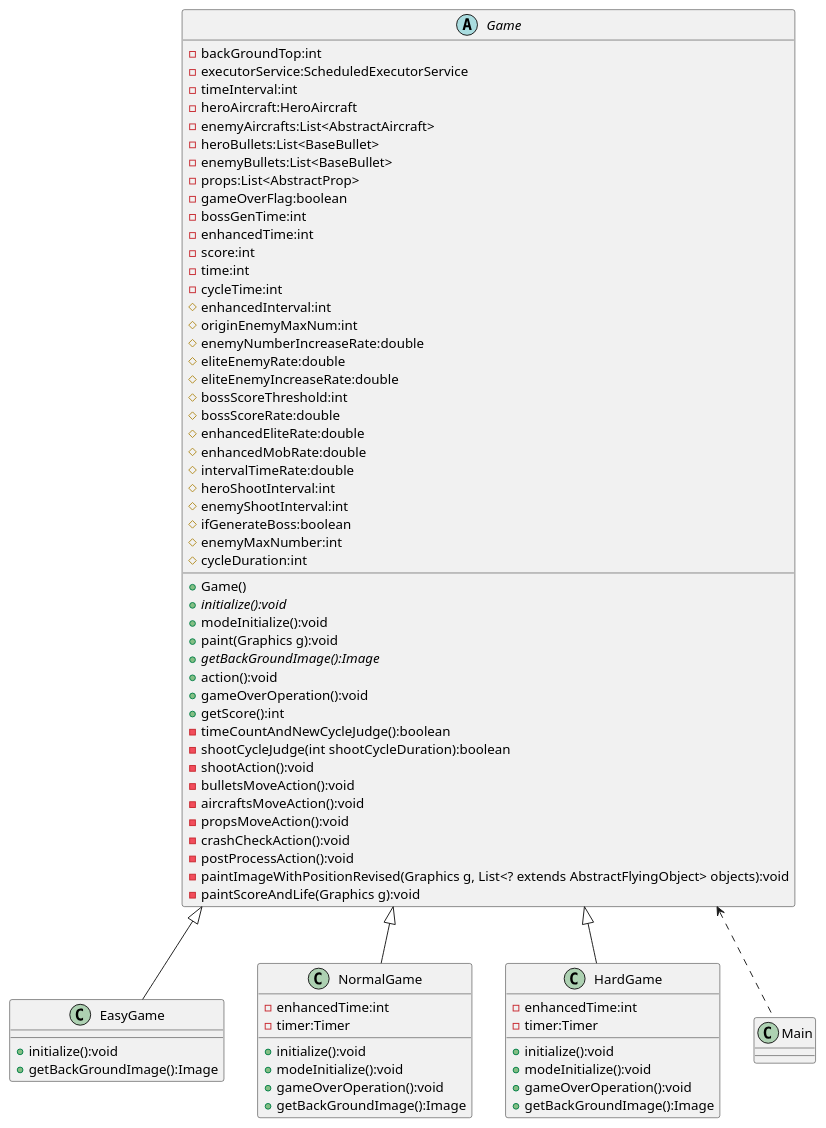
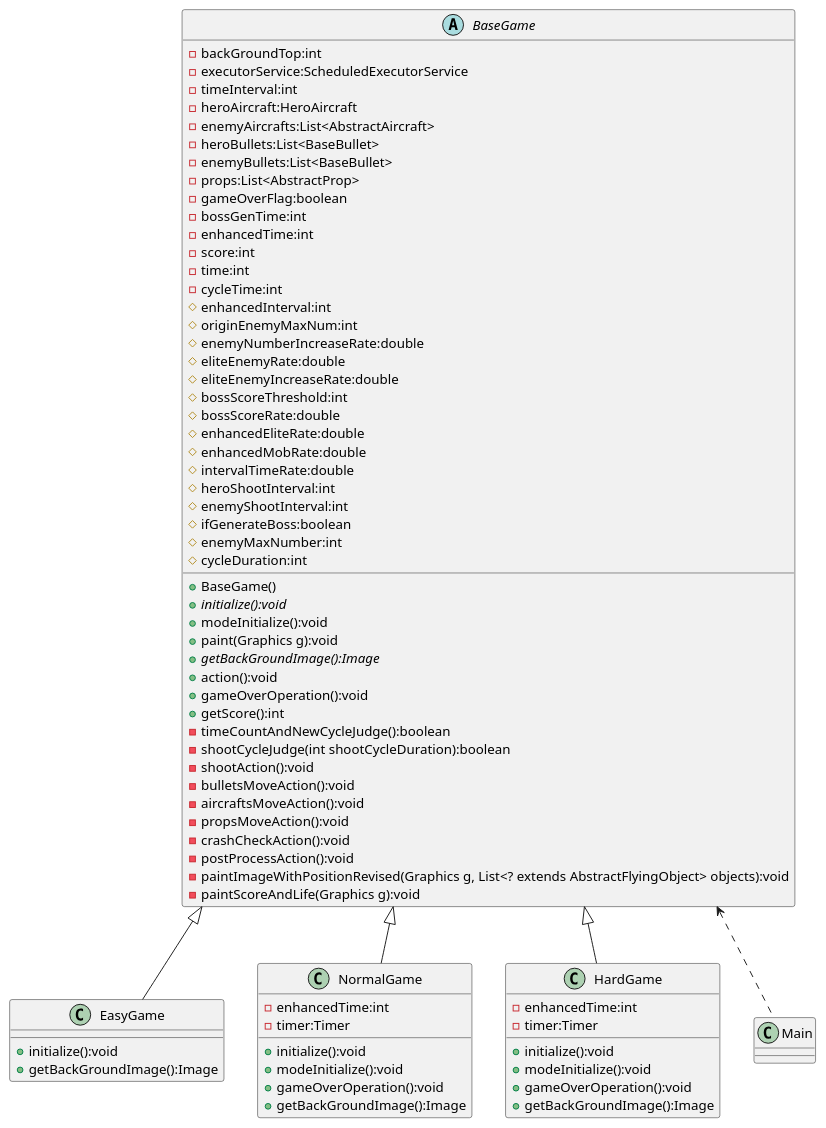
Before and after one commit to ChrisGuiHK/AircraftWar-base: the diagram in uml/Template.puml, drawn with PlantUML. The commit also changed 13 other files, not shown here.

Commit message:
work6-uml-change

```diff
--- a/uml/Template.puml
+++ b/uml/Template.puml
@@ -1,89 +1,89 @@
 @startuml
 'https://plantuml.com/class-diagram
 
-abstract Game{
+abstract class BaseGame{
     - backGroundTop:int
     - executorService:ScheduledExecutorService
     - timeInterval:int
     - heroAircraft:HeroAircraft
     - enemyAircrafts:List<AbstractAircraft>
     - heroBullets:List<BaseBullet>
     - enemyBullets:List<BaseBullet>
     - props:List<AbstractProp>
     - gameOverFlag:boolean
     - bossGenTime:int
     - enhancedTime:int
     - score:int
     - time:int
     - cycleTime:int
     # enhancedInterval:int
     # originEnemyMaxNum:int
     # enemyNumberIncreaseRate:double
     # eliteEnemyRate:double
     # eliteEnemyIncreaseRate:double
     # bossScoreThreshold:int
     # bossScoreRate:double
     # enhancedEliteRate:double
     # enhancedMobRate:double
     # intervalTimeRate:double
     # heroShootInterval:int
     # enemyShootInterval:int
     # ifGenerateBoss:boolean
     # enemyMaxNumber:int
     # cycleDuration:int
 
-    + Game()
+    + BaseGame()
     + {abstract} initialize():void
     + modeInitialize():void
     + paint(Graphics g):void
     + {abstract} getBackGroundImage():Image
     + action():void
     + gameOverOperation():void
     + getScore():int
     - timeCountAndNewCycleJudge():boolean
     - shootCycleJudge(int shootCycleDuration):boolean
     - shootAction():void
     - bulletsMoveAction():void
     - aircraftsMoveAction():void
     - propsMoveAction():void
     - crashCheckAction():void
     - postProcessAction():void
     - paintImageWithPositionRevised(Graphics g, List<? extends AbstractFlyingObject> objects):void
     - paintScoreAndLife(Graphics g):void
 
 }
 
 class EasyGame{
     + initialize():void
     + getBackGroundImage():Image
 }
 
 class NormalGame{
     - enhancedTime:int
     - timer:Timer
 
     + initialize():void
     + modeInitialize():void
     + gameOverOperation():void
     + getBackGroundImage():Image
 }
 
 class HardGame{
     - enhancedTime:int
     - timer:Timer
 
     + initialize():void
     + modeInitialize():void
     + gameOverOperation():void
     + getBackGroundImage():Image
 }
 
-Game <|-- EasyGame
-Game <|-- NormalGame
-Game <|-- HardGame
+BaseGame <|-- EasyGame
+BaseGame <|-- NormalGame
+BaseGame <|-- HardGame
 
 class Main{}
 
-Game <.. Main
+BaseGame <.. Main
 
 @enduml
```
